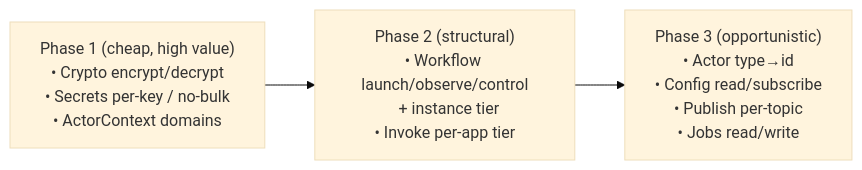
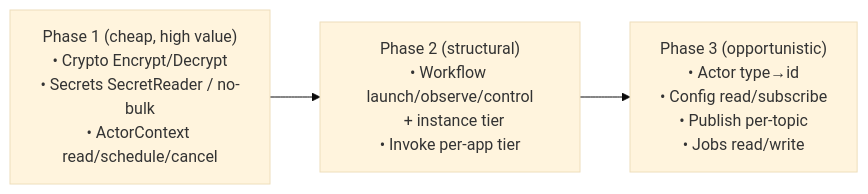
Diagram 20 of 36 in docs/CAPABILITY-SPLITS.md (sideeffffect/dapr4s), drawn with Mermaid (base theme) before and after one commit. The commit also changed other lines of this file, not shown here.

First line of the commit message:
docs: refine authority-split section per review

````diff
--- a/docs/CAPABILITY-SPLITS.md
+++ b/docs/CAPABILITY-SPLITS.md
@@ -427,7 +429,7 @@
 ```mermaid
 flowchart LR
-    P1["Phase 1 (cheap, high value)<br/>• Crypto encrypt/decrypt<br/>• Secrets per-key / no-bulk<br/>• ActorContext domains"]
+    P1["Phase 1 (cheap, high value)<br/>• Crypto Encrypt/Decrypt<br/>• Secrets SecretReader / no-bulk<br/>• ActorContext read/schedule/cancel"]
     P2["Phase 2 (structural)<br/>• Workflow launch/observe/control<br/>  + instance tier<br/>• Invoke per-app tier"]
     P3["Phase 3 (opportunistic)<br/>• Actor type→id<br/>• Config read/subscribe<br/>• Publish per-topic<br/>• Jobs read/write"]
     P1 --> P2 --> P3
 ```
````
